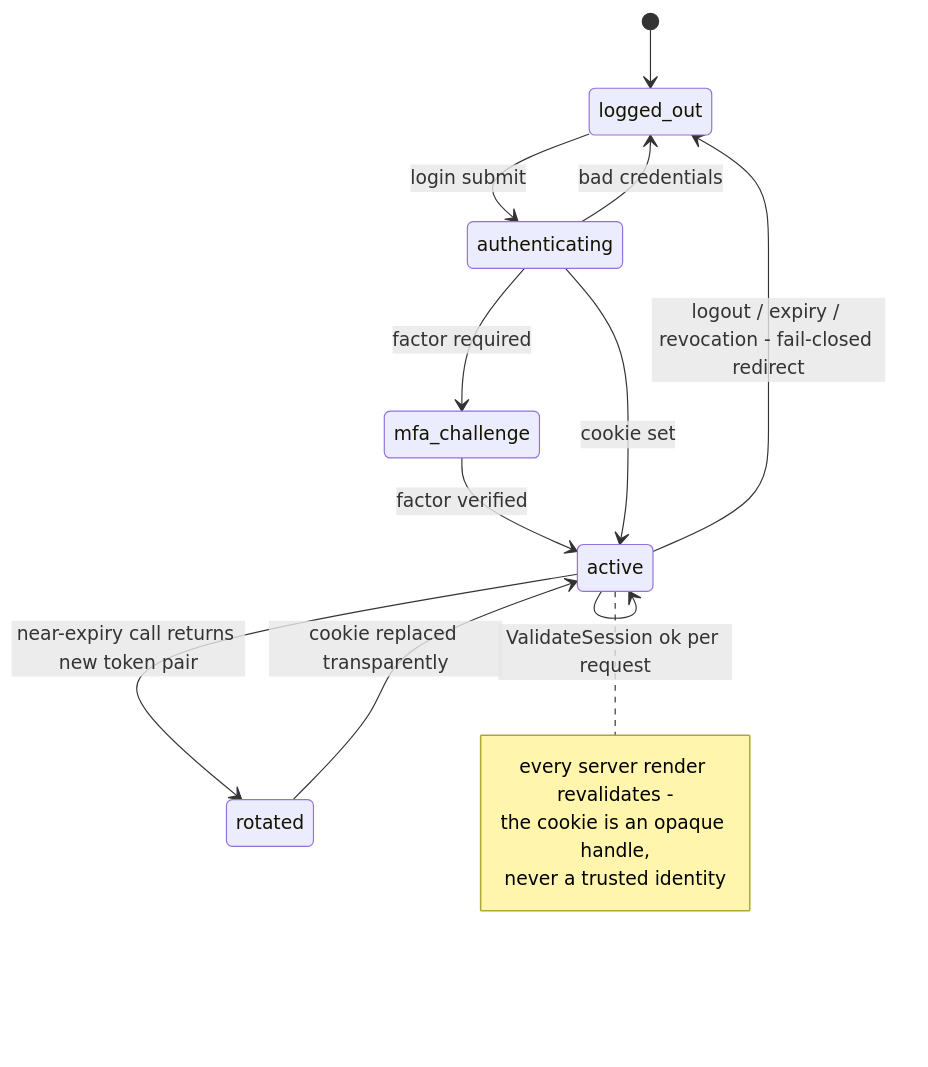
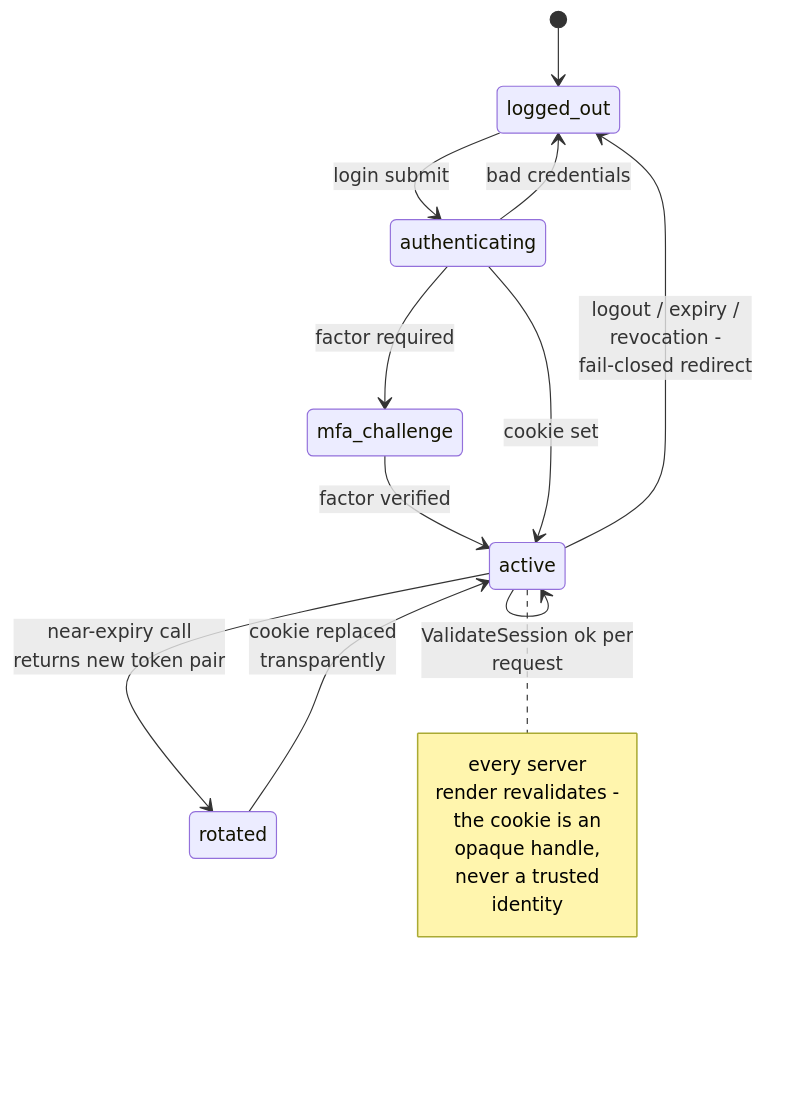
Before and after one commit to PACT-Toolkit/pact-web: the fifth of 6 diagrams in docs/architecture.md, drawn with Mermaid. The commit also changed other lines of this file, not shown here.

Commit message:
📝 break long diagram labels into explicit short lines
Some GitHub mermaid renders draw state/edge labels unwrapped while
sizing label boxes for wrapped text, so neighboring labels paint over
the overflow (words appear cut off). Explicit <br/> breaks with lines
under the auto-wrap threshold make the geometry identical on every
renderer. Lines never start with '-': mermaid parses that as a
markdown list and its SVG-text wrap path crashes on such notes.

````diff
--- a/docs/architecture.md
+++ b/docs/architecture.md
@@ -156,18 +156,21 @@
 ```mermaid
 stateDiagram-v2
     [*] --> logged_out
     logged_out --> authenticating : login submit
     authenticating --> mfa_challenge : factor required
     mfa_challenge --> active : factor verified
     authenticating --> active : cookie set
     authenticating --> logged_out : bad credentials
-    active --> active : ValidateSession ok per request
-    active --> rotated : near-expiry call returns new token pair
-    rotated --> active : cookie replaced transparently
-    active --> logged_out : logout / expiry / revocation - fail-closed redirect
+    active --> active : ValidateSession ok per<br/>request
+    active --> rotated : near-expiry call<br/>returns new token pair
+    rotated --> active : cookie replaced<br/>transparently
+    active --> logged_out : logout / expiry /<br/>revocation -<br/>fail-closed redirect
     note right of active
-        every server render revalidates -
-        the cookie is an opaque handle,
-        never a trusted identity
+        every server
+        render revalidates -
+        the cookie is an
+        opaque handle,
+        never a trusted
+        identity
     end note
 ```
````
